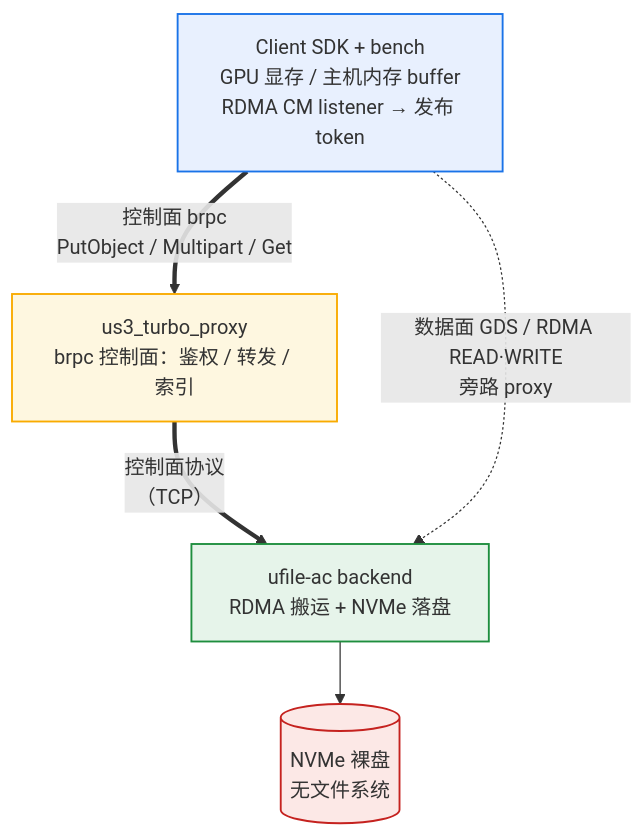
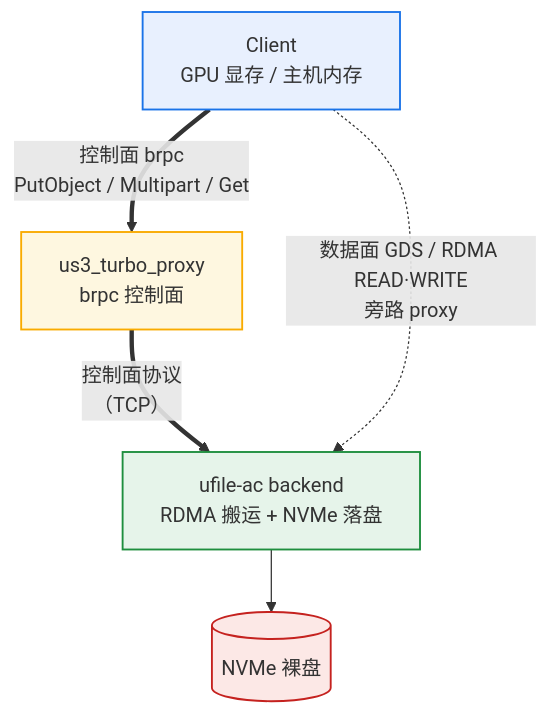
Before and after one commit to Starlight15/Us3Turbo: the first of 3 diagrams in docs/PROJECT_OVERVIEW.md, drawn with Mermaid.

Commit message:
docs: §2.1 拓扑节点标签精简
Client / Proxy / Backend / NVMe 节点只保留一眼可辨的角色，
细节（token 发布、鉴权/转发/索引、无文件系统）已在 §2.2-2.4 承载。

````diff
--- a/docs/PROJECT_OVERVIEW.md
+++ b/docs/PROJECT_OVERVIEW.md
@@ -53,21 +53,21 @@
 ```mermaid
 flowchart TB
-  CL["Client SDK + bench<br/>GPU 显存 / 主机内存 buffer<br/>RDMA CM listener → 发布 token"]
-  PX["us3_turbo_proxy<br/>brpc 控制面：鉴权 / 转发 / 索引"]
+  CL["Client<br/>GPU 显存 / 主机内存"]
+  PX["us3_turbo_proxy<br/>brpc 控制面"]
   DISP["ufile-ac backend<br/>RDMA 搬运 + NVMe 落盘"]
-  NVMe[("NVMe 裸盘<br/>无文件系统")]
+  NVMe[("NVMe 裸盘")]
 
   CL ==>|"控制面 brpc<br/>PutObject / Multipart / Get"| PX
   PX ==>|"控制面协议<br/>（TCP）"| DISP
   CL -.->|"数据面 GDS / RDMA READ·WRITE<br/>旁路 proxy"| DISP
   DISP --> NVMe
 
   classDef client fill:#e8f0fe,stroke:#1a73e8,stroke-width:1.5px
   classDef proxy  fill:#fef7e0,stroke:#f9ab00,stroke-width:1.5px
   classDef back   fill:#e6f4ea,stroke:#1e8e3e,stroke-width:1.5px
   classDef disk   fill:#fce8e6,stroke:#c5221f,stroke-width:1.5px
   class CL client
   class PX proxy
   class DISP back
   class NVMe disk
 ```
````
